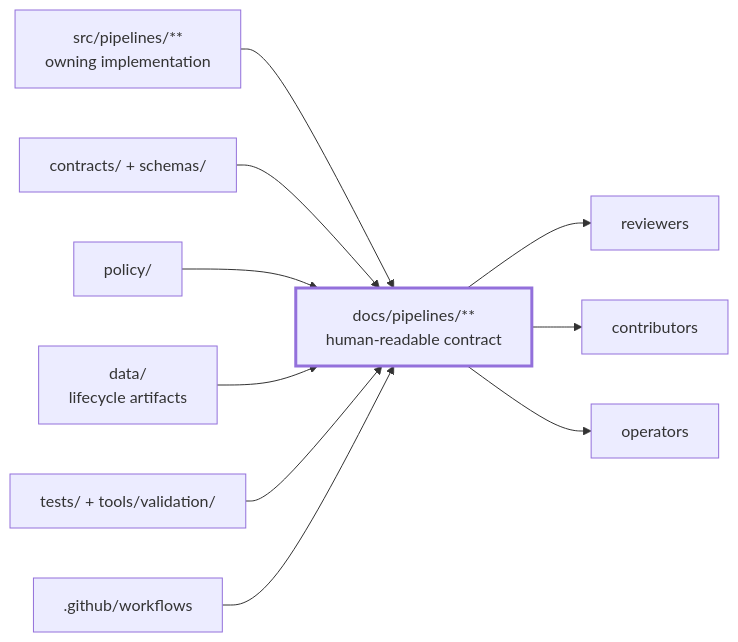
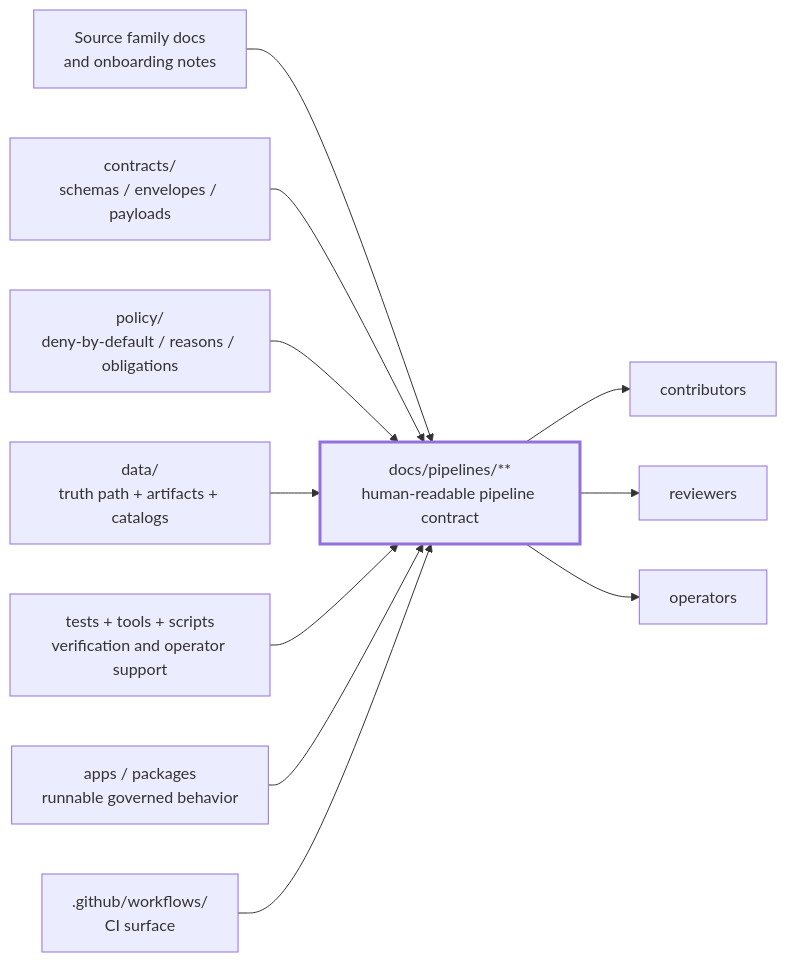
One commit to bartytime4life/Kansas-Frontier-Matrix changed the diagram in docs/pipelines/README.md. Above: the diagram before and after it, drawn with Mermaid. The commit also changed other lines of this file, not shown here.

First line of the commit message:
Revise pipeline README with new ownership and links

````diff
--- a/docs/pipelines/README.md
+++ b/docs/pipelines/README.md
@@ -256,23 +278,25 @@
 ```mermaid
 flowchart LR
-    A[src/pipelines/**<br/>owning implementation]
-    B[docs/pipelines/**<br/>human-readable contract]
-    C[contracts/ + schemas/]
-    D[policy/]
-    E[data/<br/>lifecycle artifacts]
-    F[tests/ + tools/validation/]
-    G[.github/workflows]
+    A[Source family docs<br/>and onboarding notes]
+    B[docs/pipelines/**<br/>human-readable pipeline contract]
+    C[contracts/<br/>schemas / envelopes / payloads]
+    D[policy/<br/>deny-by-default / reasons / obligations]
+    E[data/<br/>truth path + artifacts + catalogs]
+    F[tests + tools + scripts<br/>verification and operator support]
+    G[apps / packages<br/>runnable governed behavior]
+    H[.github/workflows/<br/>CI surface]
 
     A --> B
     C --> B
     D --> B
     E --> B
     F --> B
     G --> B
+    H --> B
 
-    B --> H[reviewers]
     B --> I[contributors]
-    B --> J[operators]
+    B --> J[reviewers]
+    B --> K[operators]
 
     style B stroke-width:3px
 ```
````
